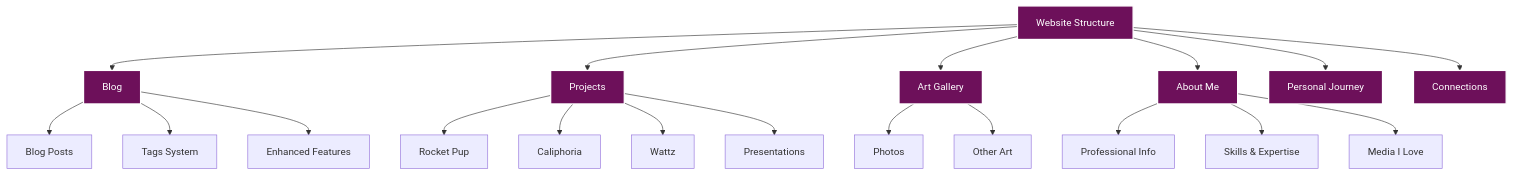
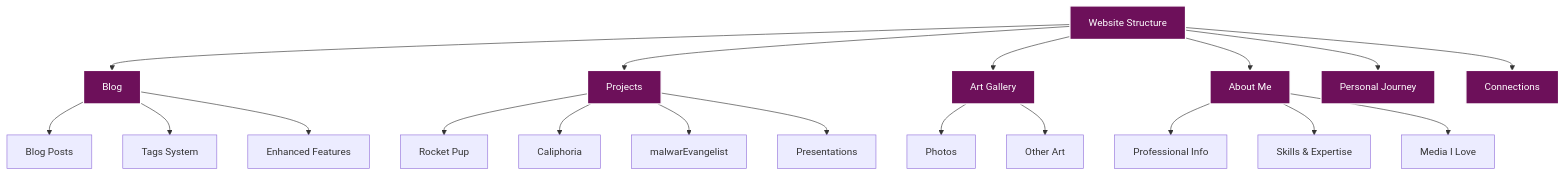
The first of 3 diagrams in README.md (radicalkjax/blog), drawn with Mermaid before and after one commit. The commit also changed other lines of this file and 5 other files, not shown here.

````diff
--- a/README.md
+++ b/README.md
@@ -25,33 +25,33 @@
 ```mermaid
 graph TD
     A[Website Structure] --> B[Blog]
     A --> C[Projects]
     A --> D[Art Gallery]
     A --> E[About Me]
     A --> F[Personal Journey]
     A --> G[Connections]
     
     B --> B1[Blog Posts]
     B --> B2[Tags System]
     B --> B3[Enhanced Features]
     
     C --> C1[Rocket Pup]
     C --> C2[Caliphoria]
-    C --> C3[Wattz]
+    C --> C3[malwarEvangelist]
     C --> C4[Presentations]
     
     D --> D1[Photos]
     D --> D2[Other Art]
     
     E --> E1[Professional Info]
     E --> E2[Skills & Expertise]
     E --> E3[Media I Love]
     
     style A fill:#6d105a,stroke:#fff,stroke-width:2px,color:#fff
     style B fill:#6d105a,stroke:#fff,stroke-width:2px,color:#fff
     style C fill:#6d105a,stroke:#fff,stroke-width:2px,color:#fff
     style D fill:#6d105a,stroke:#fff,stroke-width:2px,color:#fff
     style E fill:#6d105a,stroke:#fff,stroke-width:2px,color:#fff
     style F fill:#6d105a,stroke:#fff,stroke-width:2px,color:#fff
     style G fill:#6d105a,stroke:#fff,stroke-width:2px,color:#fff
 ```
````
